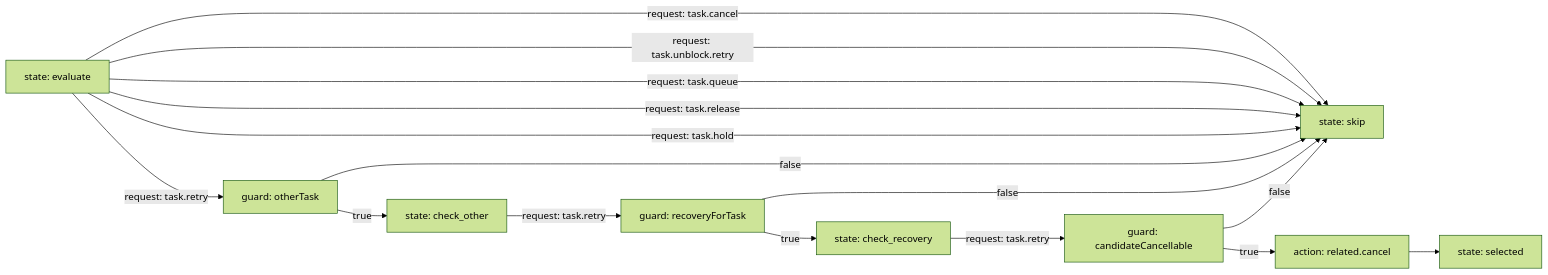
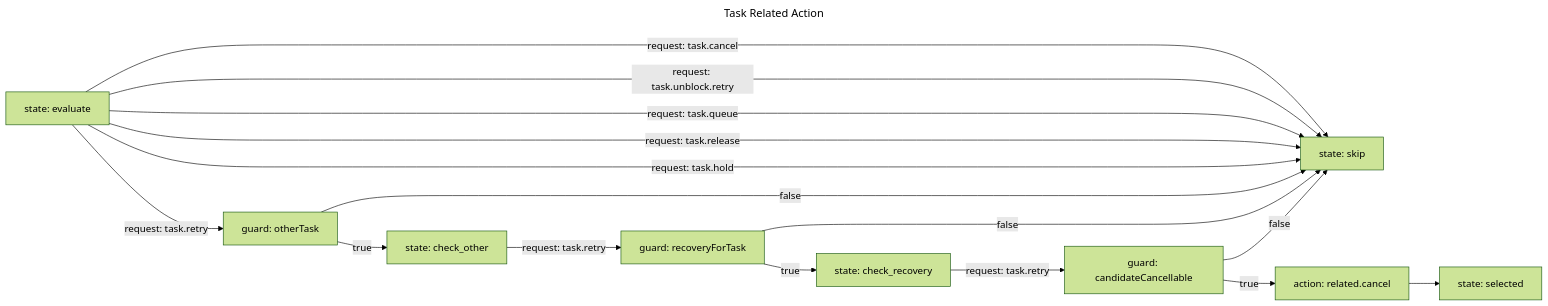
Before and after one commit to lalalic/agents-relay: the diagram in workflow/task-related-action.mmd, drawn with Mermaid (forest theme). The commit also changed 19 other files, not shown here.

Commit message:
docs(workflow): describe each Mermaid graph with frontmatter

```diff
--- a/workflow/task-related-action.mmd
+++ b/workflow/task-related-action.mmd
@@ -1,28 +1,32 @@
+---
+title: Task Related Action
+description: Authorizes task-related control actions using current workflow state.
+---
 flowchart LR
 %% relay: initial evaluate
 evaluate["state: evaluate"]
 checkOther["state: check_other"]
 checkRecovery["state: check_recovery"]
 skip["state: skip"]
 selected["state: selected"]
 
 otherTask["guard: otherTask"]
 recoveryForTask["guard: recoveryForTask"]
 candidateCancellable["guard: candidateCancellable"]
 cancelRelated["action: related.cancel"]
 
 evaluate -->|request: task.cancel| skip
 evaluate -->|request: task.unblock.retry| skip
 evaluate -->|request: task.queue| skip
 evaluate -->|request: task.release| skip
 evaluate -->|request: task.hold| skip
 evaluate -->|request: task.retry| otherTask
 otherTask -->|false| skip
 otherTask -->|true| checkOther
 checkOther -->|request: task.retry| recoveryForTask
 recoveryForTask -->|false| skip
 recoveryForTask -->|true| checkRecovery
 checkRecovery -->|request: task.retry| candidateCancellable
 candidateCancellable -->|false| skip
 candidateCancellable -->|true| cancelRelated
 cancelRelated --> selected
```
